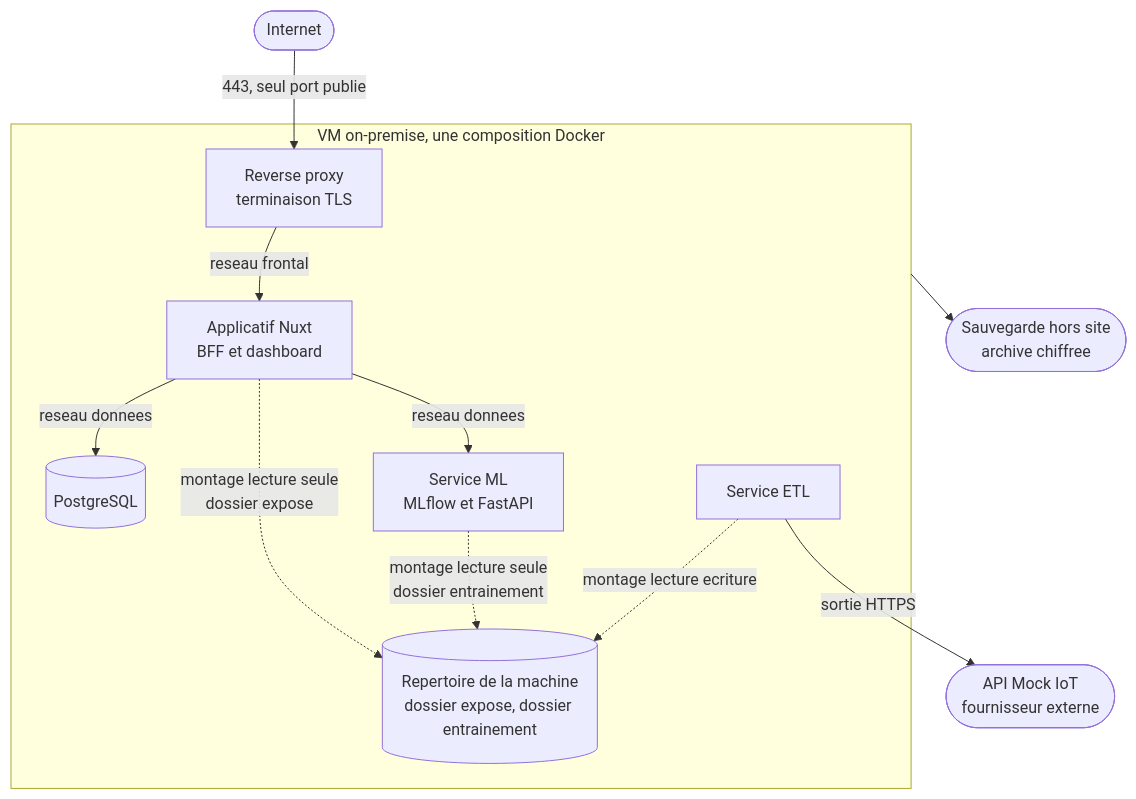
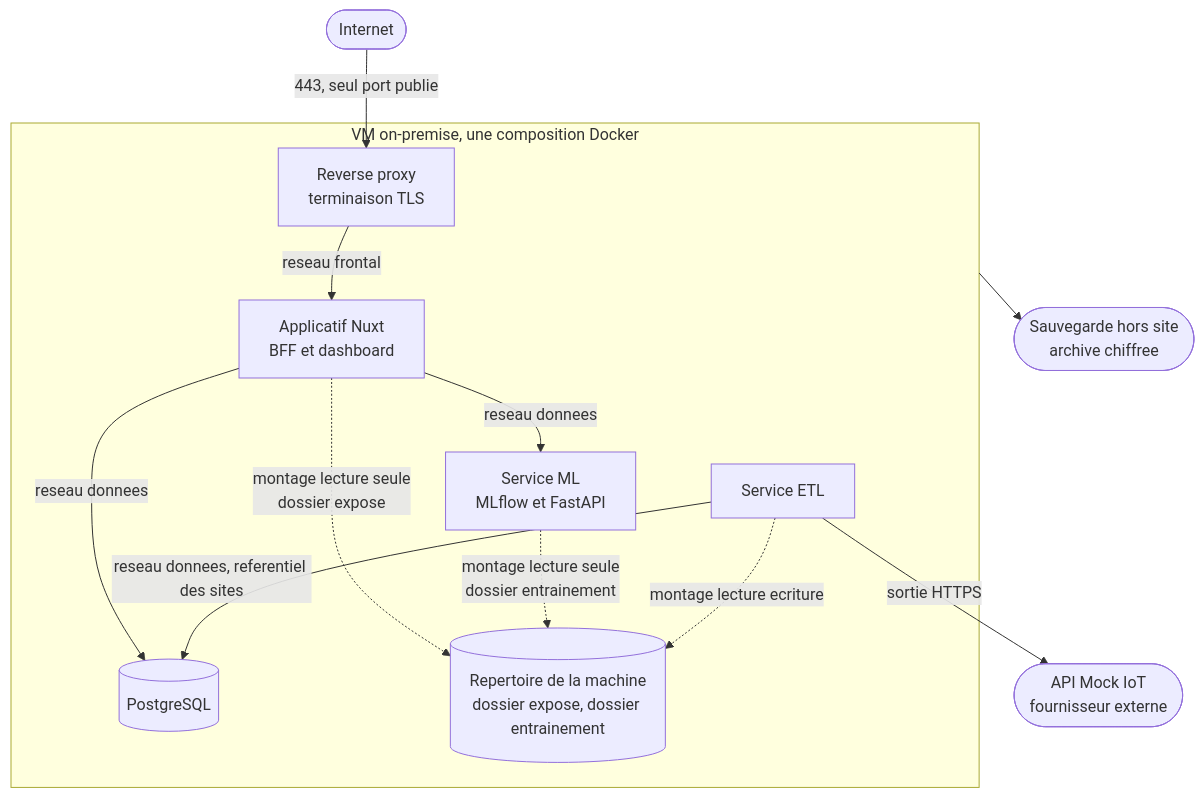
Before and after one commit to AlexRovere/smart-energy-optimizer: the third of 4 diagrams in docs/architecture.md, drawn with Mermaid. The commit also changed other lines of this file and 33 other files, not shown here.

````diff
--- a/docs/architecture.md
+++ b/docs/architecture.md
@@ -86,25 +87,26 @@
 ```mermaid
 flowchart TB
     NET(["Internet"]) -->|"443, seul port publie"| RP
     MOCK(["API Mock IoT<br/>fournisseur externe"])
     BK(["Sauvegarde hors site<br/>archive chiffree"])
 
     subgraph VM["VM on-premise, une composition Docker"]
         RP["Reverse proxy<br/>terminaison TLS"]
         APP["Applicatif Nuxt<br/>BFF et dashboard"]
         PG[("PostgreSQL")]
         ML["Service ML<br/>MLflow et FastAPI"]
         ETL["Service ETL"]
         VOL[("Repertoire de la machine<br/>dossier expose, dossier entrainement")]
 
         RP -->|"reseau frontal"| APP
         APP -->|"reseau donnees"| PG
         APP -->|"reseau donnees"| ML
+        ETL -->|"reseau donnees, referentiel des sites"| PG
         APP -.->|"montage lecture seule<br/>dossier expose"| VOL
         ML -.->|"montage lecture seule<br/>dossier entrainement"| VOL
         ETL -.->|"montage lecture ecriture"| VOL
     end
 
     ETL -->|"sortie HTTPS"| MOCK
     VM --> BK
 ```
````
